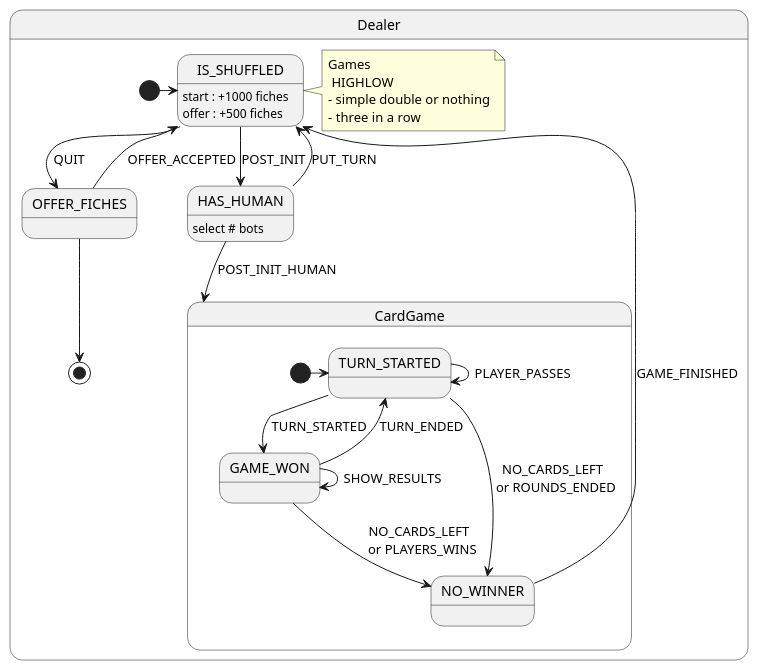
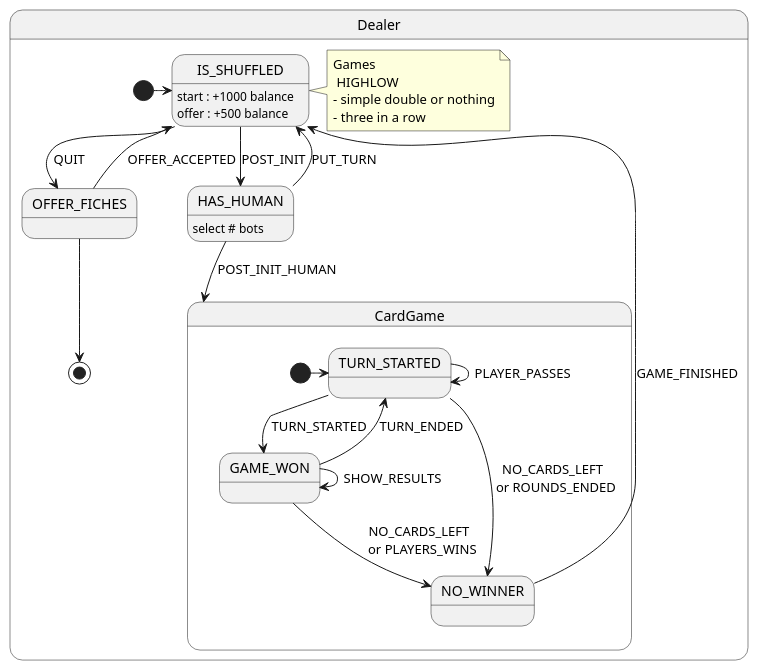
Before and after one commit to saalk/qasino: the diagram in server/src/main/java/cloud/qasino/card/controller/2-QasinoController.puml, drawn with PlantUML. The commit also changed 59 other files, not shown here.

```diff
--- a/server/src/main/java/cloud/qasino/card/controller/2-QasinoController.puml
+++ b/server/src/main/java/cloud/qasino/card/controller/2-QasinoController.puml
@@ -1,27 +1,27 @@
 @startuml
 
 state Dealer {
 [*] -> IS_SHUFFLED
 IS_SHUFFLED -down-> OFFER_FICHES: QUIT
-IS_SHUFFLED: start : +1000 fiches
-IS_SHUFFLED: offer : +500 fiches
+IS_SHUFFLED: start : +1000 balance
+IS_SHUFFLED: offer : +500 balance
 note right of IS_SHUFFLED: Games\n HIGHLOW\n- simple double or nothing\n- three in a row
 IS_SHUFFLED -down-> HAS_HUMAN: POST_INIT
 HAS_HUMAN --> IS_SHUFFLED: PUT_TURN
 HAS_HUMAN: select # bots
 HAS_HUMAN --> CardGame: POST_INIT_HUMAN
 OFFER_FICHES -up-> IS_SHUFFLED: OFFER_ACCEPTED
 OFFER_FICHES --> [*]
 
 state CardGame {
 [*] -> TURN_STARTED
 TURN_STARTED --> TURN_STARTED: PLAYER_PASSES
 TURN_STARTED --> GAME_WON: TURN_STARTED
 TURN_STARTED --> NO_WINNER: NO_CARDS_LEFT \n or ROUNDS_ENDED
 GAME_WON --> GAME_WON: SHOW_RESULTS
 GAME_WON --> TURN_STARTED: TURN_ENDED
 GAME_WON --> NO_WINNER: NO_CARDS_LEFT \n or PLAYERS_WINS
 NO_WINNER -up-> IS_SHUFFLED: GAME_FINISHED
 }
 }
 @enduml
```
